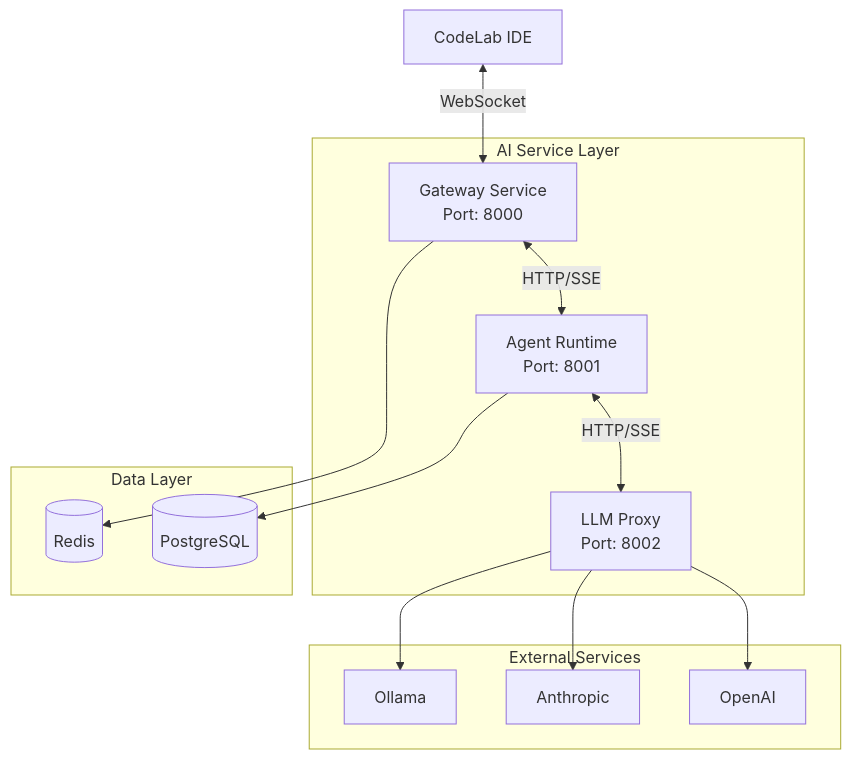
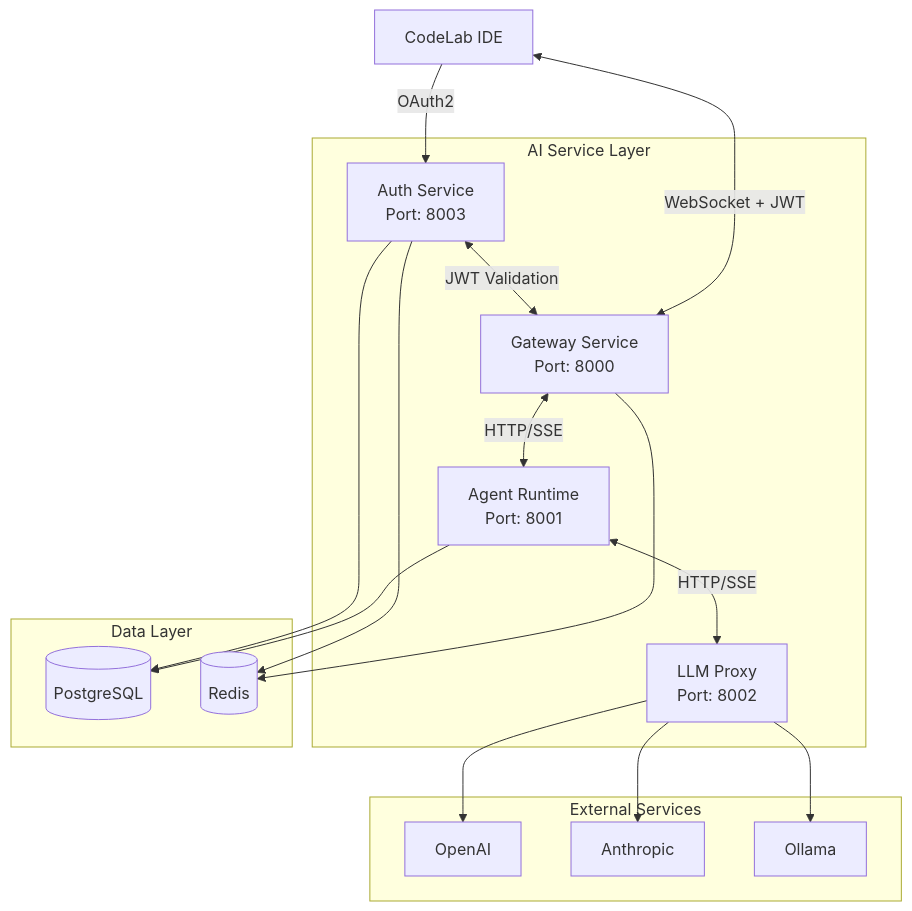
One commit to pese-git/codelab-website changed the first of 3 diagrams in docs/architecture/ai-service-architecture.md. Above: the diagram before and after it, drawn with Mermaid. The commit also changed other lines of this file and 11 other files, not shown here.

````diff
--- a/docs/architecture/ai-service-architecture.md
+++ b/docs/architecture/ai-service-architecture.md
@@ -13,28 +13,33 @@
 ```mermaid
 flowchart TB
     subgraph "AI Service Layer"
         GW[Gateway Service<br/>Port: 8000]
+        AUTH[Auth Service<br/>Port: 8003]
         AR[Agent Runtime<br/>Port: 8001]
         LP[LLM Proxy<br/>Port: 8002]
     end
     
     subgraph "External Services"
         OAI[OpenAI]
         ANT[Anthropic]
         OLL[Ollama]
     end
     
     subgraph "Data Layer"
         PG[(PostgreSQL)]
         REDIS[(Redis)]
     end
     
-    IDE[CodeLab IDE] <-->|WebSocket| GW
+    IDE[CodeLab IDE] -->|OAuth2| AUTH
+    IDE[CodeLab IDE] <-->|WebSocket + JWT| GW
+    AUTH <-->|JWT Validation| GW
     GW <-->|HTTP/SSE| AR
     AR <-->|HTTP/SSE| LP
     LP --> OAI
     LP --> ANT
     LP --> OLL
     AR --> PG
+    AUTH --> PG
     GW --> REDIS
+    AUTH --> REDIS
 ```
````
